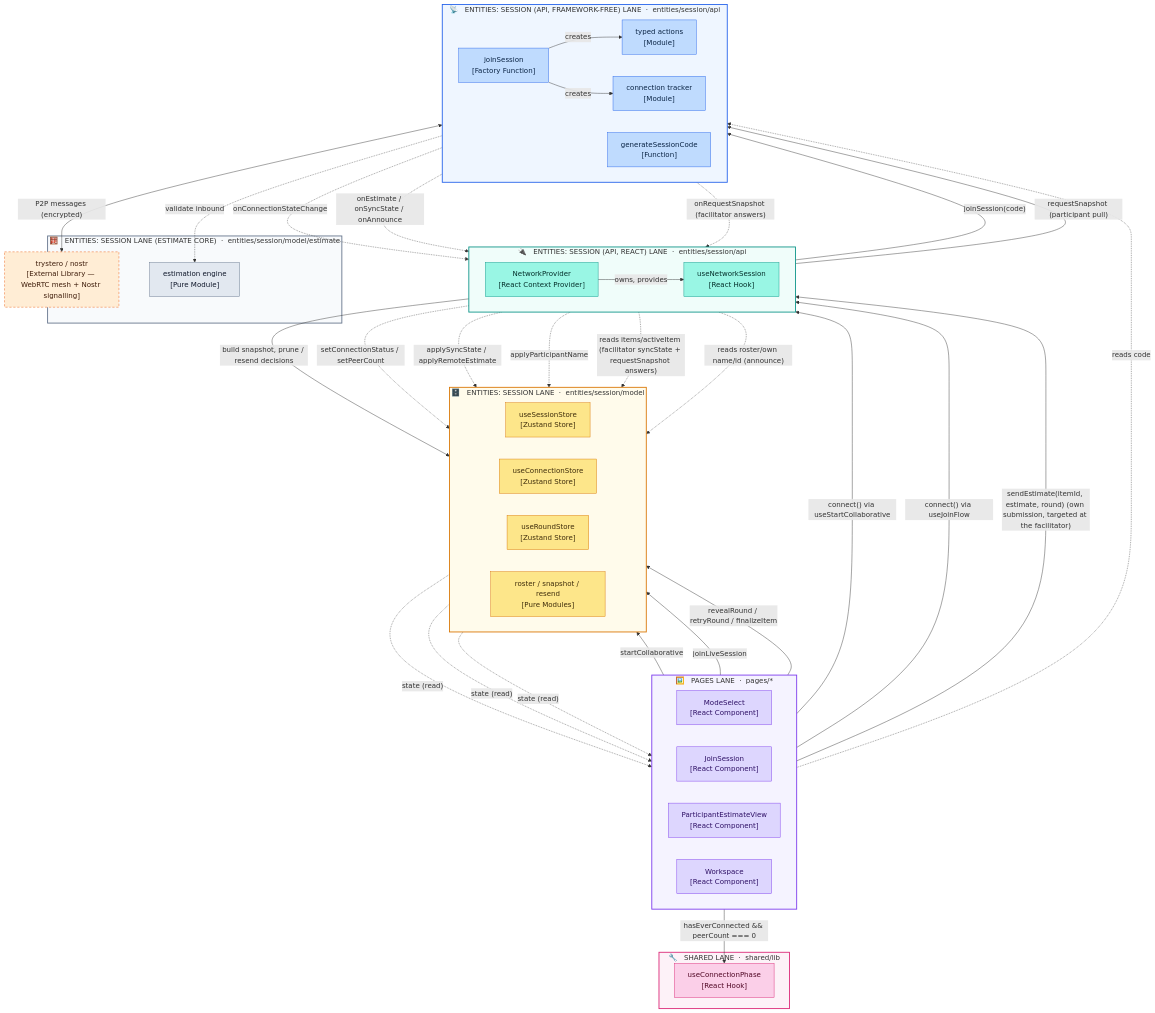
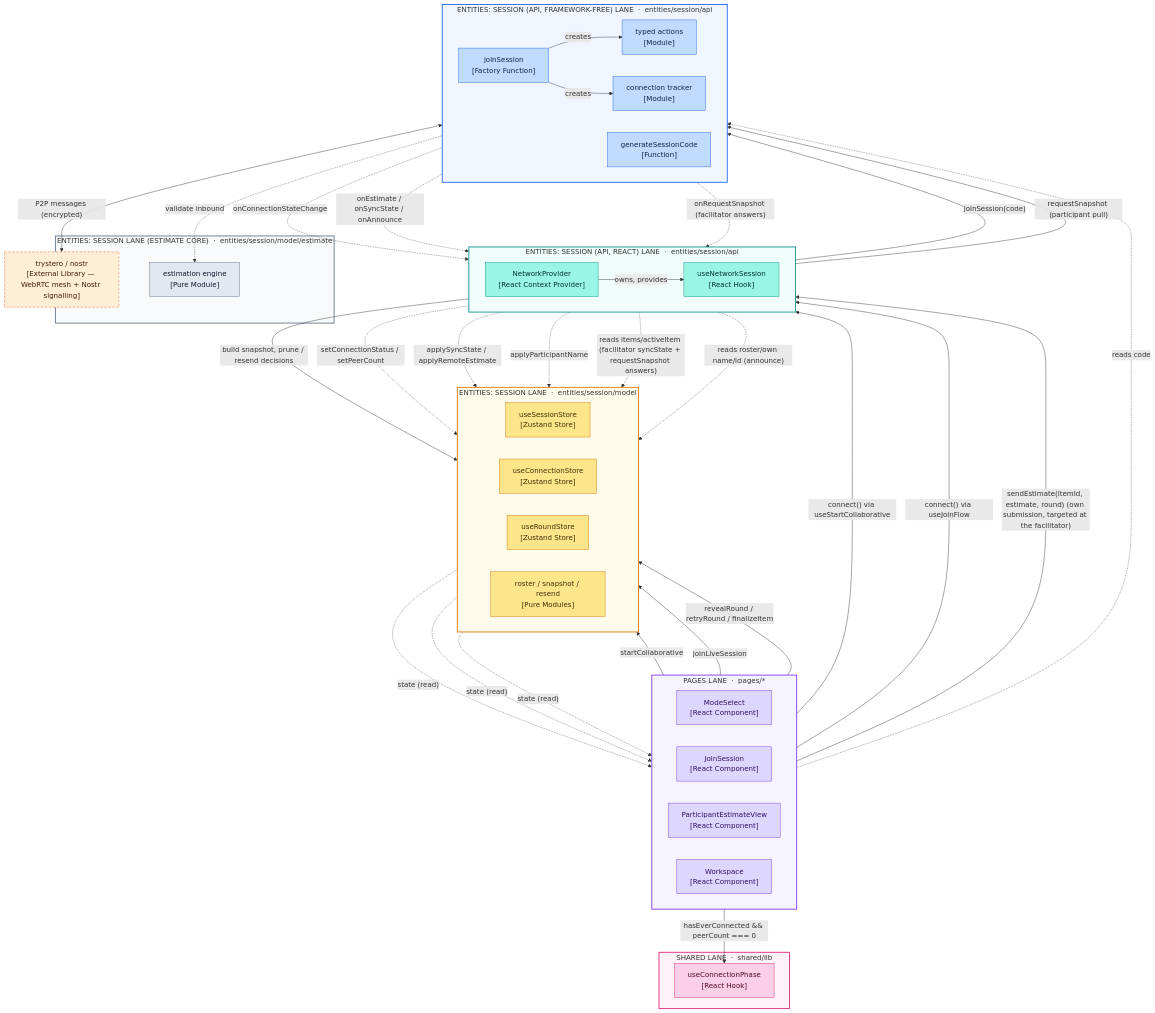
One commit to cfisch3r/estimate changed the first of 8 diagrams in docs/concepts/collaboration-mode.md. Above: the diagram before and after it, drawn with Mermaid. The commit also changed other lines of this file and 9 other files, not shown here.

````diff
--- a/docs/concepts/collaboration-mode.md
+++ b/docs/concepts/collaboration-mode.md
@@ -28,6 +28,6 @@
 ```mermaid
 flowchart TD
-  subgraph pageslane["🖼️ &nbsp; PAGES LANE &nbsp;·&nbsp; pages/*"]
+  subgraph pageslane["PAGES LANE &nbsp;·&nbsp; pages/*"]
     direction LR
     MS["ModeSelect<br/>[React Component]"]
     JS["JoinSession<br/>[React Component]"]
@@ -35,11 +35,11 @@
     WS["Workspace<br/>[React Component]"]
   end
 
-  subgraph sharedlane["🔧 &nbsp; SHARED LANE &nbsp;·&nbsp; shared/lib"]
+  subgraph sharedlane["SHARED LANE &nbsp;·&nbsp; shared/lib"]
     UCP["useConnectionPhase<br/>[React Hook]"]
   end
 
-  subgraph statelane["🗄️ &nbsp; ENTITIES: SESSION LANE &nbsp;·&nbsp; entities/session/model"]
+  subgraph statelane["ENTITIES: SESSION LANE &nbsp;·&nbsp; entities/session/model"]
     direction LR
     SessStore["useSessionStore<br/>[Zustand Store]"]
     ConnStore["useConnectionStore<br/>[Zustand Store]"]
@@ -47,13 +47,13 @@
     Policies["roster / snapshot / resend<br/>[Pure Modules]"]
   end
 
-  subgraph bridge["🔌 &nbsp; ENTITIES: SESSION (API, REACT) LANE &nbsp;·&nbsp; entities/session/api"]
+  subgraph bridge["ENTITIES: SESSION (API, REACT) LANE &nbsp;·&nbsp; entities/session/api"]
     direction LR
     NP["NetworkProvider<br/>[React Context Provider]"]
     Hook["useNetworkSession<br/>[React Hook]"]
   end
 
-  subgraph core["📡 &nbsp; ENTITIES: SESSION (API, FRAMEWORK-FREE) LANE &nbsp;·&nbsp; entities/session/api"]
+  subgraph core["ENTITIES: SESSION (API, FRAMEWORK-FREE) LANE &nbsp;·&nbsp; entities/session/api"]
     direction LR
     JSN["joinSession<br/>[Factory Function]"]
     Act["typed actions<br/>[Module]"]
@@ -61,7 +61,7 @@
     Code["generateSessionCode<br/>[Function]"]
   end
 
-  subgraph purelane["🧮 &nbsp; ENTITIES: SESSION LANE (ESTIMATE CORE) &nbsp;·&nbsp; entities/session/model/estimate"]
+  subgraph purelane["ENTITIES: SESSION LANE (ESTIMATE CORE) &nbsp;·&nbsp; entities/session/model/estimate"]
     Calc["estimation engine<br/>[Pure Module]"]
   end
 
````
